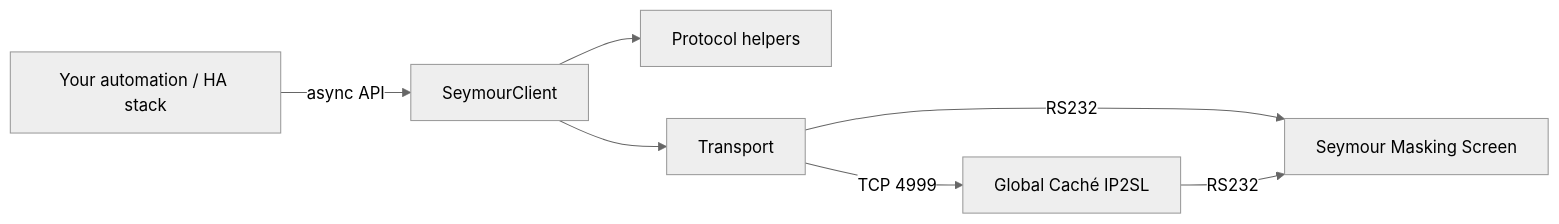
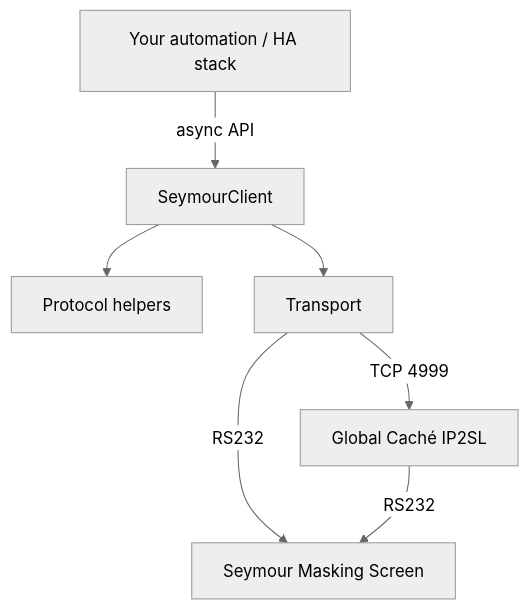
Before and after one commit to richard-berg/seymourlib: the diagram in README.md, drawn with Mermaid (neutral theme).

Commit message:
fix README diagram

````diff
--- a/README.md
+++ b/README.md
@@ -21,9 +21,9 @@
 ```mermaid
-flowchart LR
+flowchart TB
      App[Your automation / HA stack] -->|async API| Client[SeymourClient]
      Client --> Protocol[Protocol helpers]
      Client --> Transport
      Transport -->|TCP 4999| IP2SL[Global Caché IP2SL]
      Transport -->|RS232| Screen[Seymour Masking Screen]
      IP2SL -->|RS232| Screen
 ```
````
